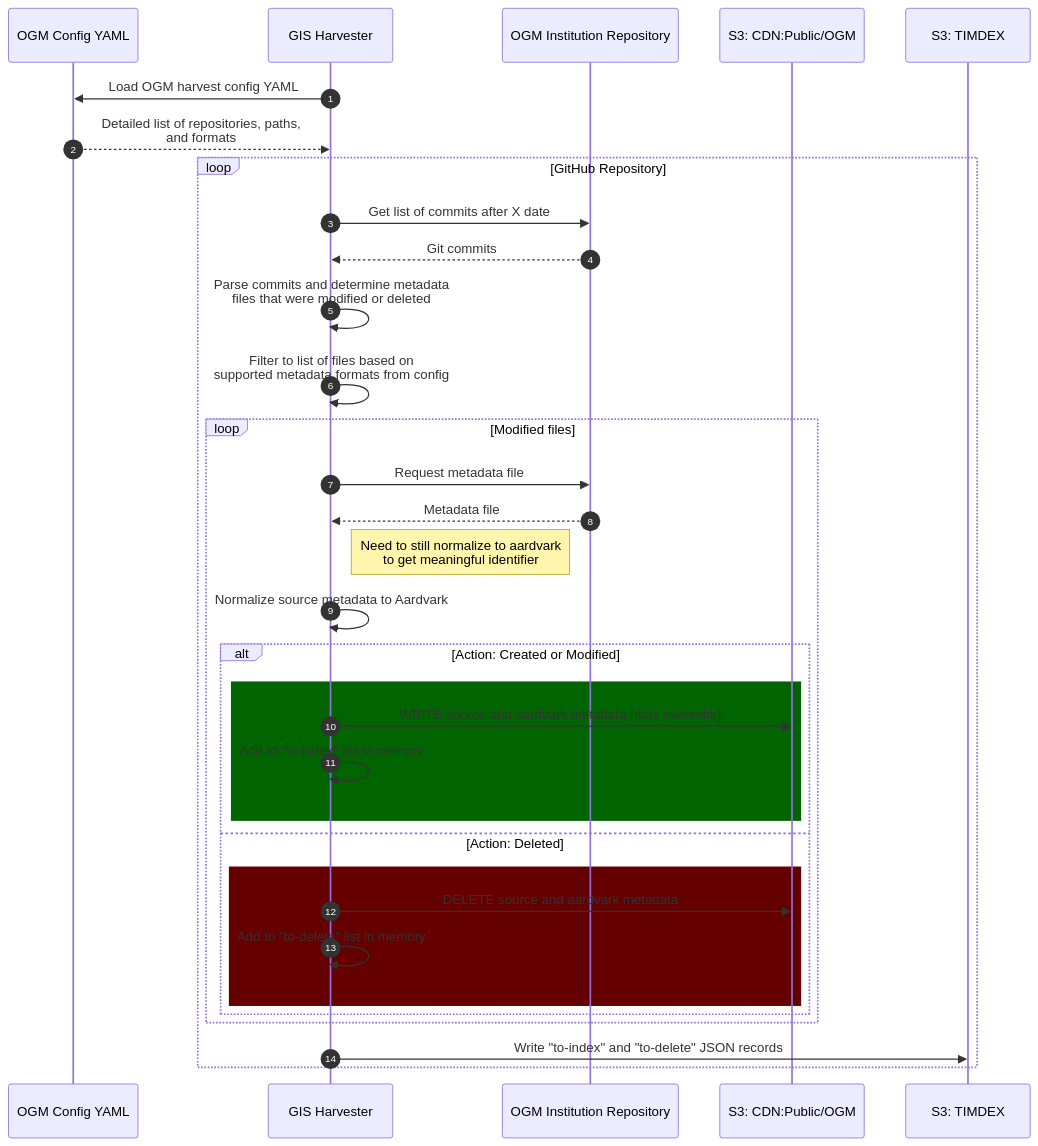
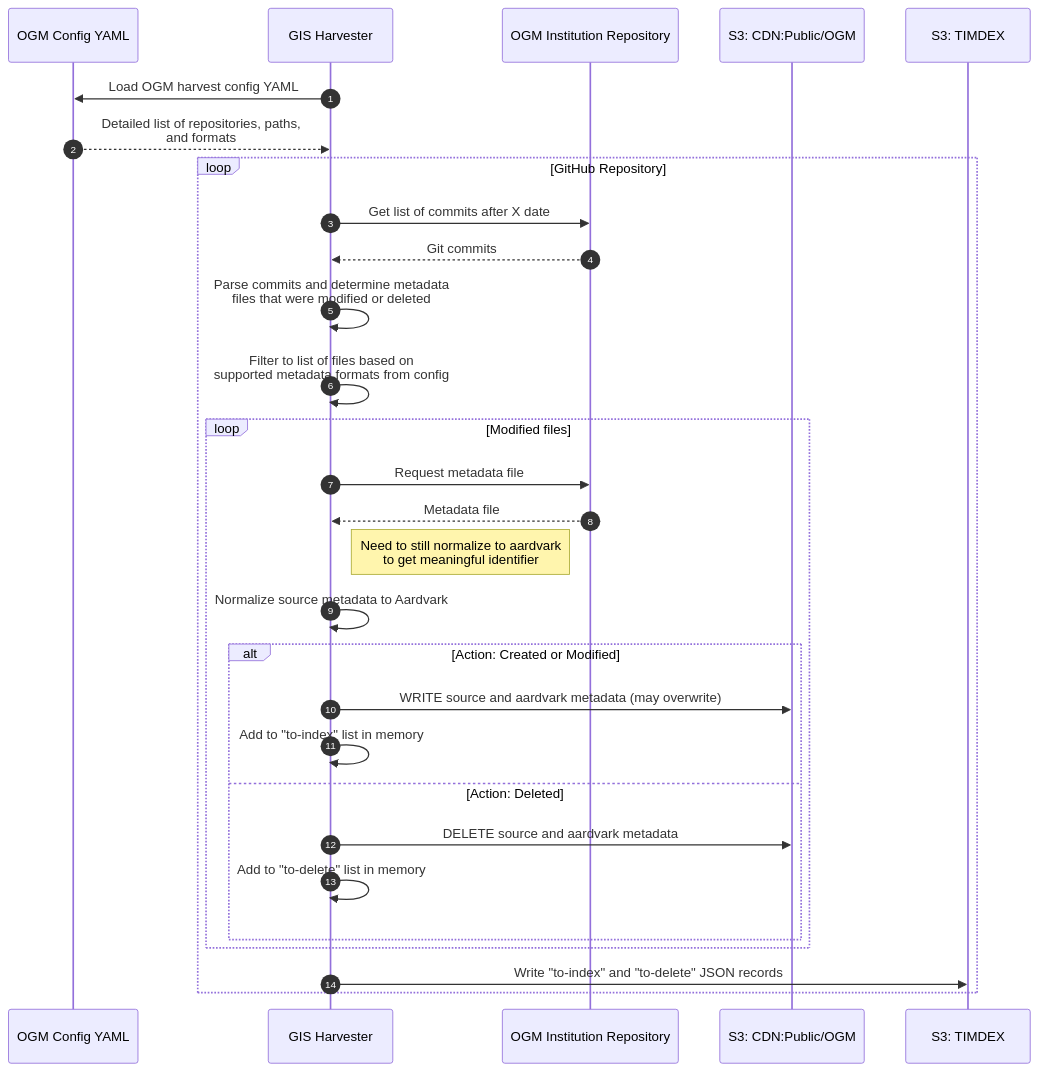
The second of 2 diagrams in docs/ogm_harvests.md (MITLibraries/geo-harvester), drawn with Mermaid before and after one commit. The commit also changed 1 other file, not shown here.

Commit message:
remove color boxes from sequence diagrams

````diff
--- a/docs/ogm_harvests.md
+++ b/docs/ogm_harvests.md
@@ -37,39 +37,35 @@
 ```mermaid
 sequenceDiagram
     autonumber
     participant ogm_config_yaml as OGM Config YAML
     participant gis_harv as GIS Harvester
     participant ogm_repo as OGM Institution Repository
     participant s3_cdn_pub as S3: CDN:Public/OGM
     participant s3_timdex as S3: TIMDEX
     
     gis_harv->>ogm_config_yaml: Load OGM harvest config YAML
     ogm_config_yaml-->>gis_harv: Detailed list of repositories, paths, <br> and formats
     
     loop GitHub Repository
         gis_harv->>ogm_repo: Get list of commits after X date
         ogm_repo-->>gis_harv: Git commits
         gis_harv->>gis_harv: Parse commits and determine metadata <br> files that were modified or deleted
         gis_harv->>gis_harv: Filter to list of files based on <br> supported metadata formats from config
         
         loop Modified files
             gis_harv->>ogm_repo: Request metadata file
             ogm_repo-->>gis_harv: Metadata file
             Note right of gis_harv: Need to still normalize to aardvark <br> to get meaningful identifier
             gis_harv->>gis_harv: Normalize source metadata to Aardvark
             alt Action: Created or Modified
-                rect rgb(0, 100, 0)
-                    gis_harv->>s3_cdn_pub: WRITE source and aardvark metadata (may overwrite)
-                    gis_harv->>gis_harv: Add to "to-index" list in memory
-                end
+                gis_harv->>s3_cdn_pub: WRITE source and aardvark metadata (may overwrite)
+                gis_harv->>gis_harv: Add to "to-index" list in memory
             else Action: Deleted
-                rect rgb(100, 0, 0)
-                    gis_harv->>s3_cdn_pub: DELETE source and aardvark metadata
-                    gis_harv->>gis_harv: Add to "to-delete" list in memory
-                end
+                gis_harv->>s3_cdn_pub: DELETE source and aardvark metadata
+                gis_harv->>gis_harv: Add to "to-delete" list in memory
             end
         end
         
         gis_harv->>s3_timdex: Write "to-index" and "to-delete" JSON records
     end
 ```
````
